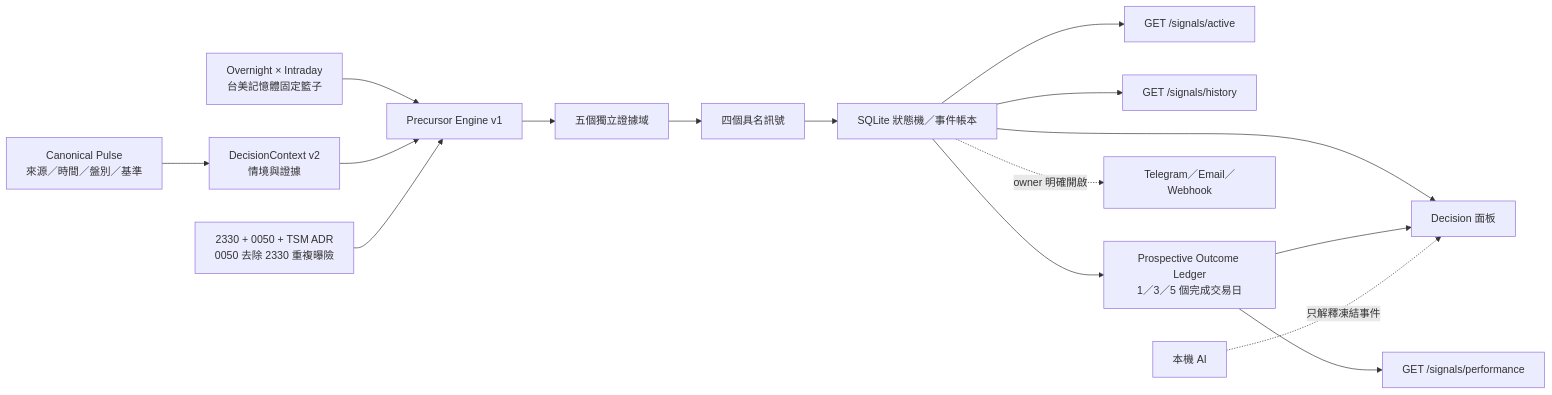
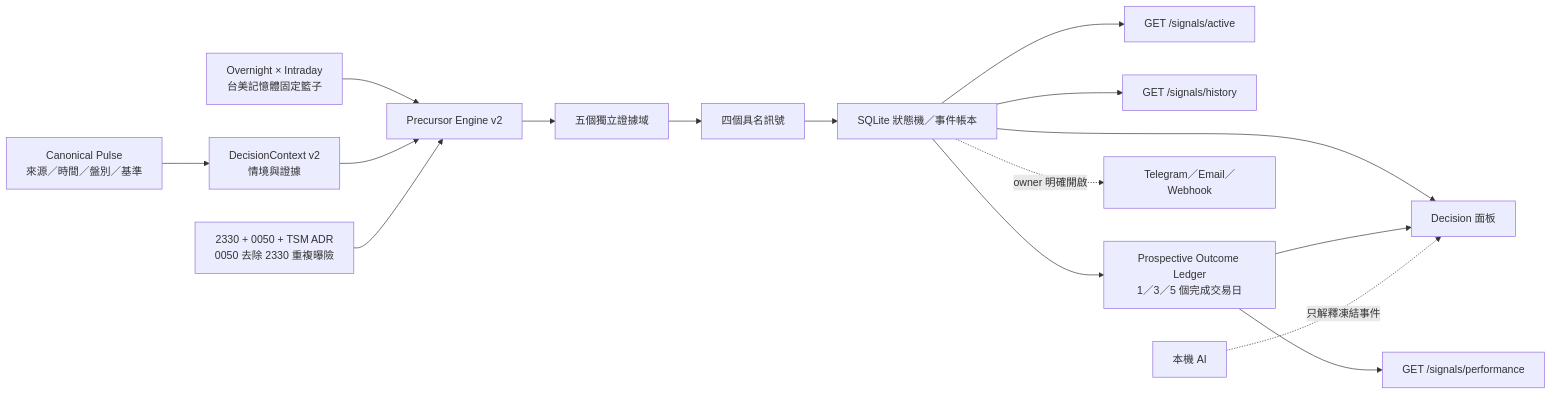
The first of 2 diagrams in docs/MARKET_PRECURSOR_SIGNALS.md (SamHuang68/AI_Stock), drawn with Mermaid before and after one commit. The commit also changed other lines of this file and 17 other files, not shown here.

````diff
--- a/docs/MARKET_PRECURSOR_SIGNALS.md
+++ b/docs/MARKET_PRECURSOR_SIGNALS.md
@@ -9,18 +9,18 @@
 ```mermaid
 flowchart LR
   A["Canonical Pulse\n來源／時間／盤別／基準"] --> B["DecisionContext v2\n情境與證據"]
-  C["Overnight × Intraday\n台美記憶體固定籃子"] --> D["Precursor Engine v1"]
+  C["Overnight × Intraday\n台美記憶體固定籃子"] --> D["Precursor Engine v2"]
   B --> D
   E["2330 + 0050 + TSM ADR\n0050 去除 2330 重複曝險"] --> D
   D --> F["五個獨立證據域"]
   F --> G["四個具名訊號"]
   G --> H["SQLite 狀態機／事件帳本"]
   H --> I["Decision 面板"]
   H --> J["GET /signals/active"]
   H --> K["GET /signals/history"]
   H --> V["Prospective Outcome Ledger\n1／3／5 個完成交易日"]
   V --> P["GET /signals/performance"]
   V --> I
   H -. "owner 明確開啟" .-> L["Telegram／Email／Webhook"]
   M["本機 AI"] -. "只解釋凍結事件" .-> I
 ```
````
